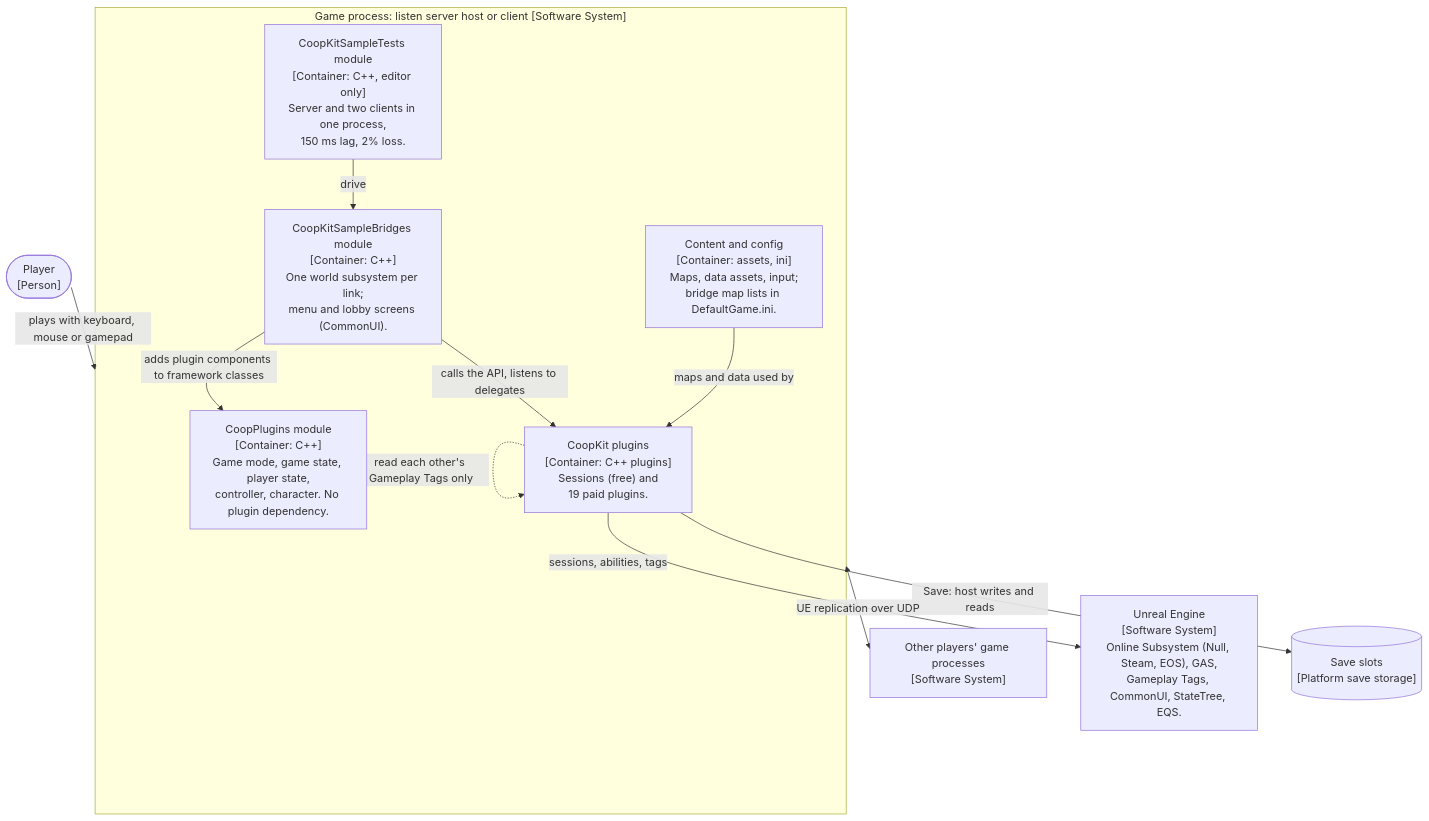
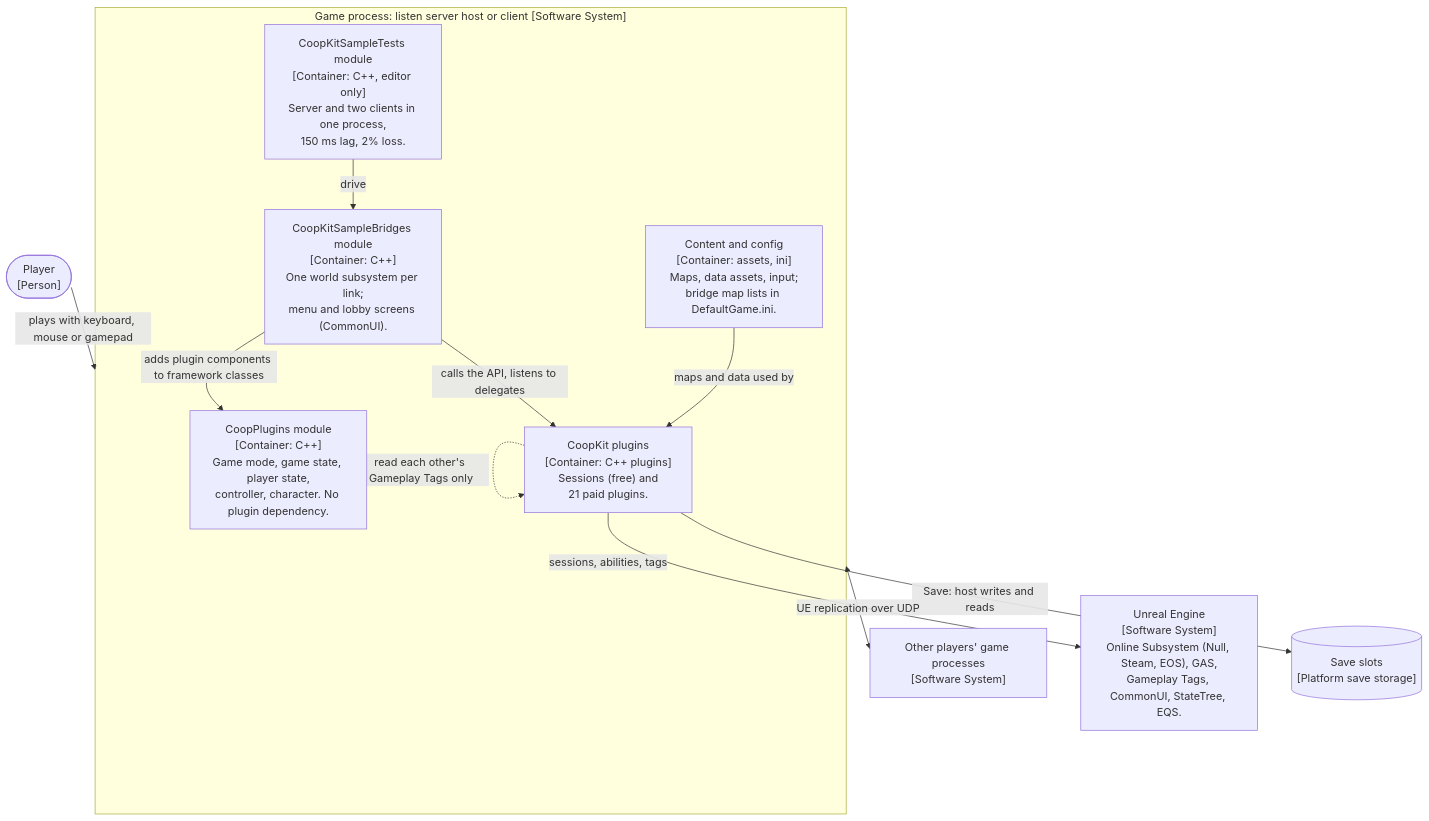
The first of 2 diagrams in README.md (Reasp/CoopKitSample), drawn with Mermaid before and after one commit. The commit also changed other lines of this file and 61 other files, not shown here.

Commit message:
CoopKit Sample: CoopKit Interact and CoopKit NetTest in the sample (22 plugins), docs for Craft, Host Migration and Party

````diff
--- a/README.md
+++ b/README.md
@@ -101,24 +103,24 @@
 ```mermaid
 flowchart TB
     player(["Player<br/>[Person]"])
     other["Other players' game processes<br/>[Software System]"]
     subgraph game["Game process: listen server host or client [Software System]"]
         framework["CoopPlugins module<br/>[Container: C++]<br/>Game mode, game state, player state,<br/>controller, character. No plugin dependency."]
         bridges["CoopKitSampleBridges module<br/>[Container: C++]<br/>One world subsystem per link;<br/>menu and lobby screens (CommonUI)."]
-        plugins["CoopKit plugins<br/>[Container: C++ plugins]<br/>Sessions (free) and<br/>19 paid plugins."]
+        plugins["CoopKit plugins<br/>[Container: C++ plugins]<br/>Sessions (free) and<br/>21 paid plugins."]
         content["Content and config<br/>[Container: assets, ini]<br/>Maps, data assets, input;<br/>bridge map lists in DefaultGame.ini."]
         tests["CoopKitSampleTests module<br/>[Container: C++, editor only]<br/>Server and two clients in one process,<br/>150 ms lag, 2% loss."]
     end
     engine["Unreal Engine<br/>[Software System]<br/>Online Subsystem (Null, Steam, EOS), GAS,<br/>Gameplay Tags, CommonUI, StateTree, EQS."]
     storage[("Save slots<br/>[Platform save storage]")]
 
     player -->|"plays with keyboard, mouse or gamepad"| game
     bridges -->|"adds plugin components to framework classes"| framework
     bridges -->|"calls the API, listens to delegates"| plugins
     plugins -.->|"read each other's Gameplay Tags only"| plugins
     plugins -->|"sessions, abilities, tags"| engine
     plugins -->|"Save: host writes and reads"| storage
     content -->|"maps and data used by"| plugins
     tests -->|"drive"| bridges
     game <-->|"UE replication over UDP"| other
 ```
````
